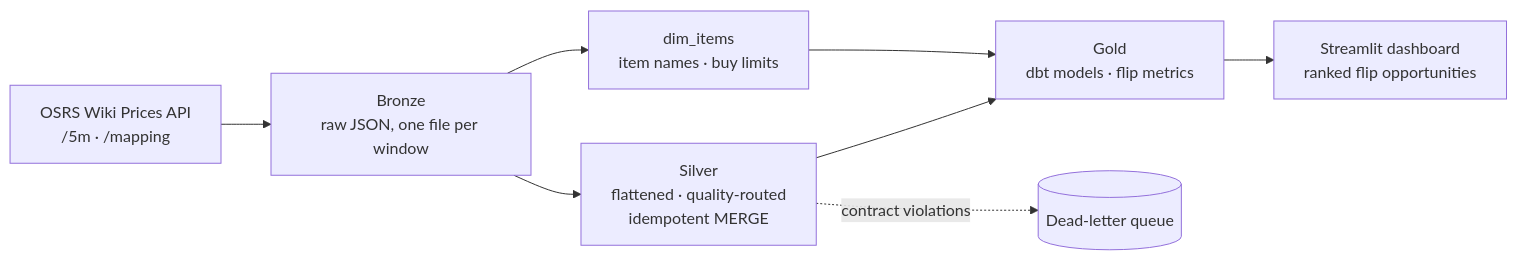
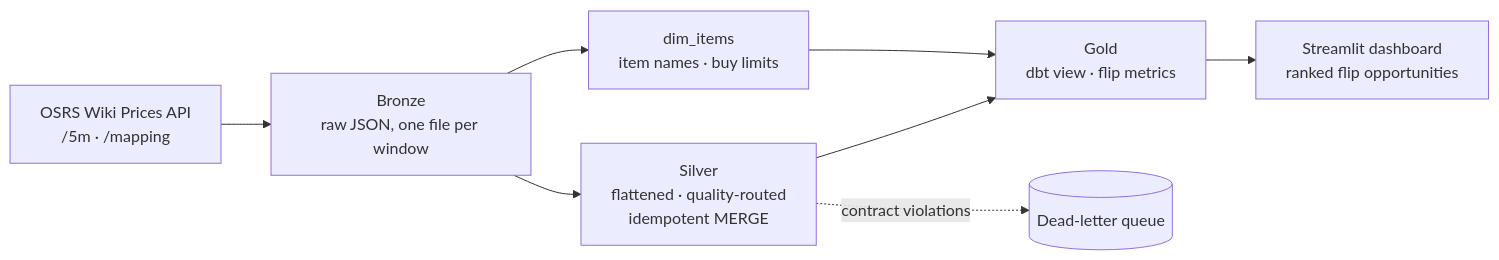
One commit to dshahz/osrs-ge-market-pipeline changed the diagram in README.md. Above: the diagram before and after it, drawn with Mermaid. The commit also changed other lines of this file and 3 other files, not shown here.

Commit message:
Materialize Gold as a view and decouple dbt from the ingestion path

````diff
--- a/README.md
+++ b/README.md
@@ -20,10 +20,10 @@
 ```mermaid
 flowchart LR
     API["OSRS Wiki Prices API<br/>/5m · /mapping"] --> B["Bronze<br/>raw JSON, one file per window"]
     B --> S["Silver<br/>flattened · quality-routed<br/>idempotent MERGE"]
     B --> DIM["dim_items<br/>item names · buy limits"]
-    S --> G["Gold<br/>dbt models · flip metrics"]
+    S --> G["Gold<br/>dbt view · flip metrics"]
     DIM --> G
     G --> D["Streamlit dashboard<br/>ranked flip opportunities"]
     S -. contract violations .-> DLQ[("Dead-letter queue")]
 ```
````
